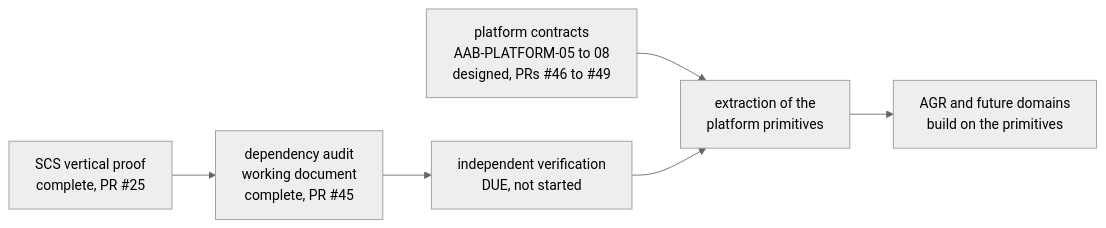
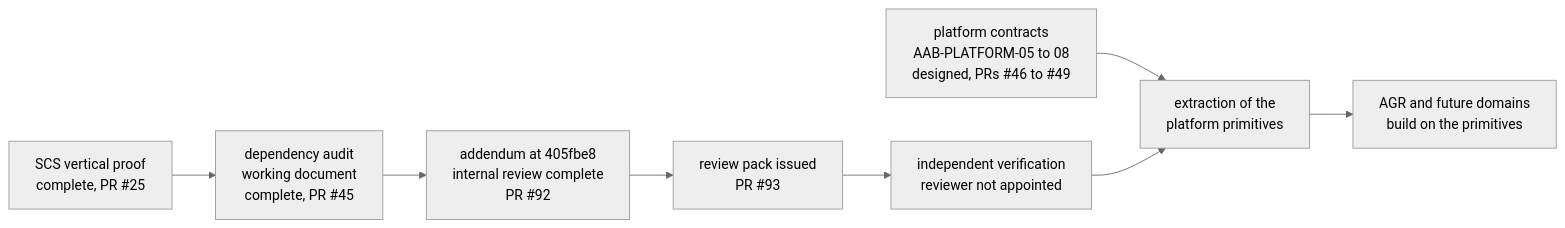
Before and after one commit to AdvancedAgricultureBiometrix/aab-source-of-truth: the third of 4 diagrams in governance/AAB-PLATFORM-ROADMAP-2026-09-27.md, drawn with Mermaid (neutral theme). The commit also changed other lines of this file and 1 other file, not shown here.

First line of the commit message:
Roadmap and stock-take at 4e26c78: audit addendum and review pack issued

````diff
--- a/governance/AAB-PLATFORM-ROADMAP-2026-09-27.md
+++ b/governance/AAB-PLATFORM-ROADMAP-2026-09-27.md
@@ -574,8 +586,10 @@
 ```mermaid
 flowchart LR
   V[SCS vertical proof<br/>complete, PR #25] --> A[dependency audit<br/>working document<br/>complete, PR #45]
-  A --> I[independent verification<br/>DUE, not started]
+  A --> AD[addendum at 405fbe8<br/>internal review complete<br/>PR #92]
+  AD --> RP[review pack issued<br/>PR #93]
+  RP --> I[independent verification<br/>reviewer not appointed]
   C[platform contracts<br/>AAB-PLATFORM-05 to 08<br/>designed, PRs #46 to #49] --> E
   I --> E[extraction of the<br/>platform primitives]
   E --> G[AGR and future domains<br/>build on the primitives]
 ```
````
